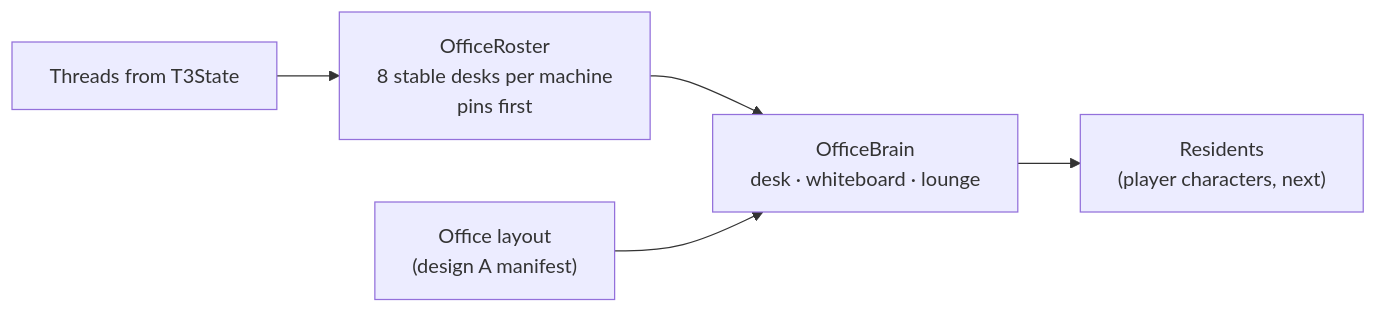
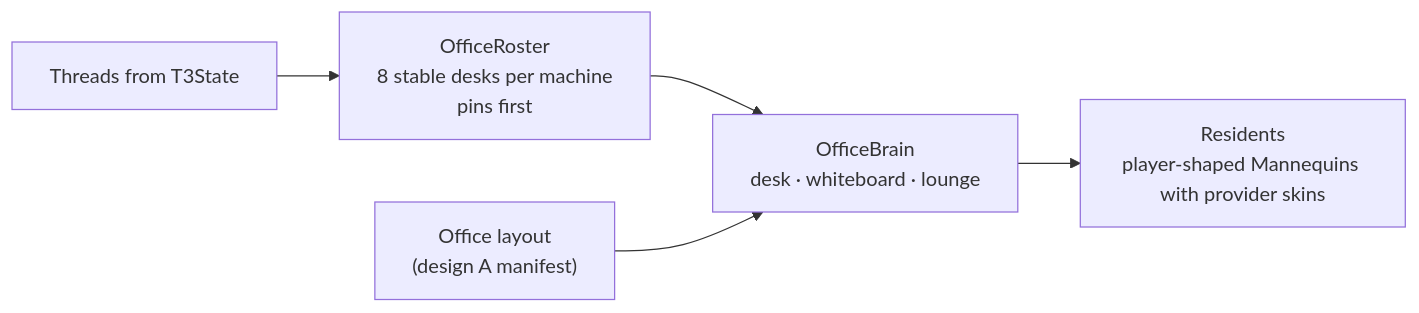
Before and after one commit to alexandros-lekkas/t3craft: the third of 3 diagrams in docs/ARCHITECTURE.md, drawn with Mermaid. The commit also changed other lines of this file and 47 other files, not shown here.

````diff
--- a/docs/ARCHITECTURE.md
+++ b/docs/ARCHITECTURE.md
@@ -90,7 +90,7 @@
 ```mermaid
 flowchart LR
     T["Threads from T3State"] --> R["OfficeRoster<br/>8 stable desks per machine<br/>pins first"]
     R --> B["OfficeBrain<br/>desk · whiteboard · lounge"]
     L["Office layout<br/>(design A manifest)"] --> B
-    B --> E["Residents<br/>(player characters, next)"]
+    B --> E["Residents<br/>player-shaped Mannequins with provider skins"]
 ```
````
